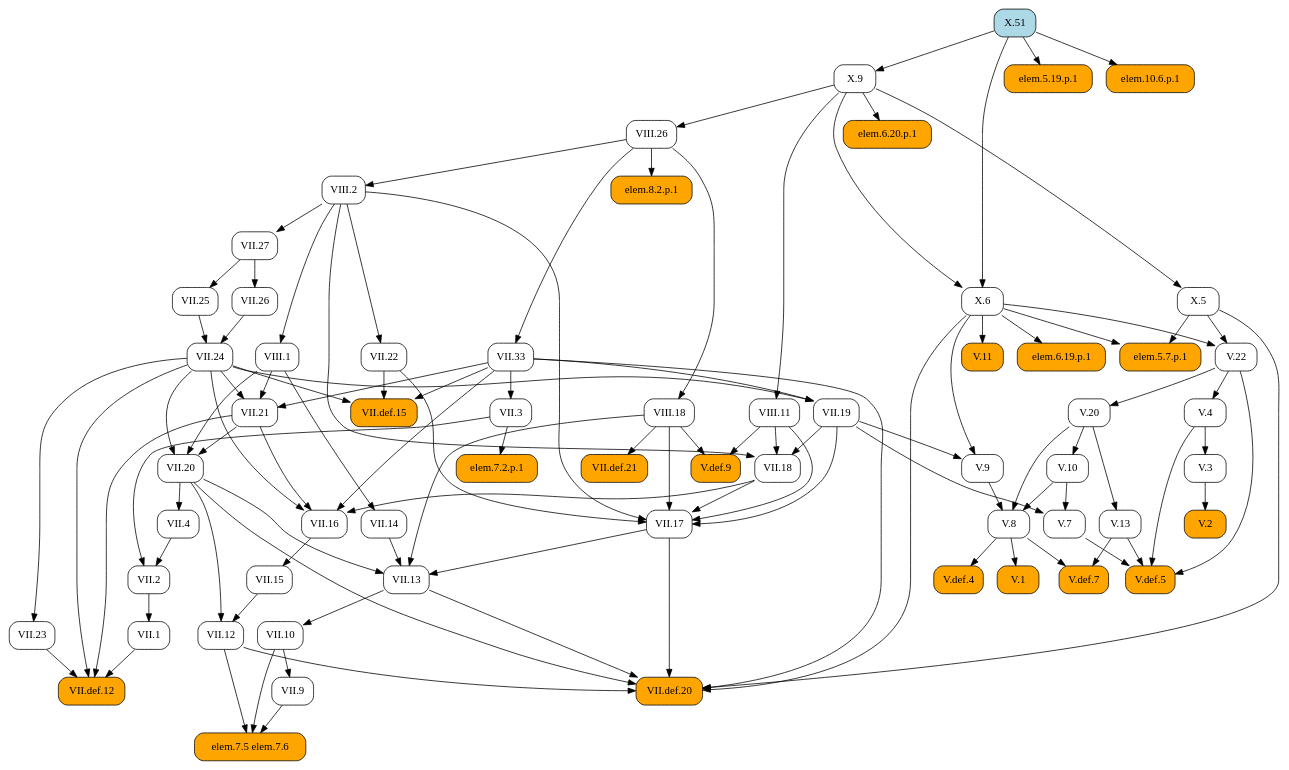
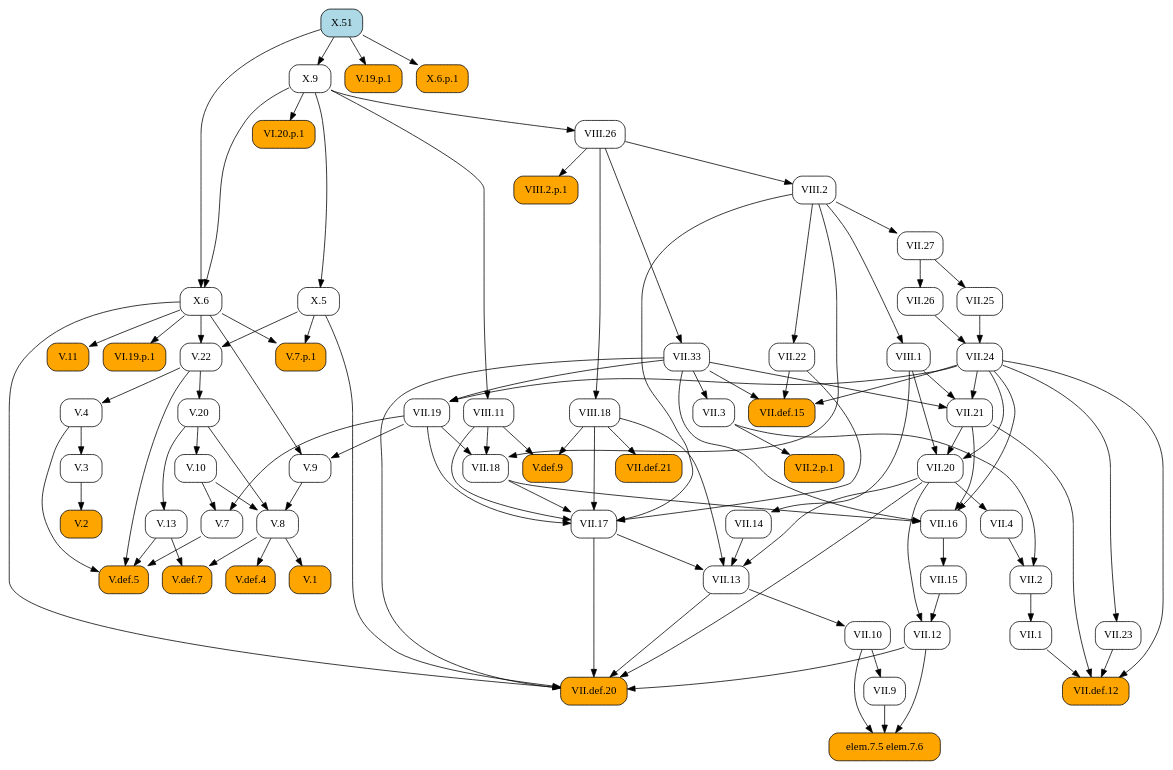
One commit to geometor/elements changed the diagram in docsrc/heath/X/51/index.rst. Above: the diagram before and after it, drawn with Graphviz. The commit also changed other lines of this file and 484 other files, not shown here.

```diff
--- a/docsrc/heath/X/51/index.rst
+++ b/docsrc/heath/X/51/index.rst
@@ -49,81 +49,109 @@
    digraph {
      rankdir="TB";
      node [shape=box, style=rounded];
-     "elem.6.20.p.1" [style="rounded,filled", fillcolor=orange];
-     "VII.1" [URL="/heath/VII/1/", target="_top"];
+     "VII.33" [URL="/heath/VII/33/", target="_top"];
+     "VII.12" [URL="/heath/VII/12/", target="_top"];
+     "elem.7.5 elem.7.6" [style="rounded,filled", fillcolor=orange];
      "X.9" [URL="/heath/X/9/", target="_top"];
-     "VIII.26" [URL="/heath/VIII/26/", target="_top"];
      "VII.9" [URL="/heath/VII/9/", target="_top"];
+     "V.13" [URL="/heath/V/13/", target="_top"];
+     "VIII.2" [URL="/heath/VIII/2/", target="_top"];
+     "VII.18" [URL="/heath/VII/18/", target="_top"];
+     "VII.16" [URL="/heath/VII/16/", target="_top"];
+     "V.7" [URL="/heath/V/7/", target="_top"];
+     "V.7.p.1" [style="rounded,filled", fillcolor=orange];
+     "VII.26" [URL="/heath/VII/26/", target="_top"];
      "V.def.5" [style="rounded,filled", fillcolor=orange, URL="/heath/V/def.5/", target="_top"];
-     "V.22" [URL="/heath/V/22/", target="_top"];
      "X.6" [URL="/heath/X/6/", target="_top"];
+     "V.9" [URL="/heath/V/9/", target="_top"];
+     "VII.10" [URL="/heath/VII/10/", target="_top"];
+     "VII.13" [URL="/heath/VII/13/", target="_top"];
+     "VIII.18" [URL="/heath/VIII/18/", target="_top"];
+     "V.10" [URL="/heath/V/10/", target="_top"];
+     "V.4" [URL="/heath/V/4/", target="_top"];
      "V.20" [URL="/heath/V/20/", target="_top"];
-     "V.10" [URL="/heath/V/10/", target="_top"];
+     "VII.def.15" [style="rounded,filled", fillcolor=orange, URL="/heath/VII/def.15/", target="_top"];
+     "VI.20.p.1" [style="rounded,filled", fillcolor=orange];
      "V.11" [style="rounded,filled", fillcolor=orange, URL="/heath/V/11/", target="_top"];
      "VII.17" [URL="/heath/VII/17/", target="_top"];
-     "V.13" [URL="/heath/V/13/", target="_top"];
+     "VIII.2.p.1" [style="rounded,filled", fillcolor=orange];
+     "VIII.11" [URL="/heath/VIII/11/", target="_top"];
+     "VII.19" [URL="/heath/VII/19/", target="_top"];
+     "VII.def.20" [style="rounded,filled", fillcolor=orange, URL="/heath/VII/def.20/", target="_top"];
+     "VII.2" [URL="/heath/VII/2/", target="_top"];
+     "V.def.4" [style="rounded,filled", fillcolor=orange, URL="/heath/V/def.4/", target="_top"];
+     "VII.15" [URL="/heath/VII/15/", target="_top"];
+     "VII.2.p.1" [style="rounded,filled", fillcolor=orange];
+     "V.2" [style="rounded,filled", fillcolor=orange, URL="/heath/V/2/", target="_top"];
+     "X.51" [style="rounded,filled", fillcolor=lightblue, URL="/heath/X/51/", target="_top"];
+     "V.def.7" [style="rounded,filled", fillcolor=orange, URL="/heath/V/def.7/", target="_top"];
+     "VII.14" [URL="/heath/VII/14/", target="_top"];
+     "V.3" [URL="/heath/V/3/", target="_top"];
+     "VII.27" [URL="/heath/VII/27/", target="_top"];
+     "X.5" [URL="/heath/X/5/", target="_top"];
+     "VII.21" [URL="/heath/VII/21/", target="_top"];
+     "VI.19.p.1" [style="rounded,filled", fillcolor=orange];
+     "VII.22" [URL="/heath/VII/22/", target="_top"];
+     "VII.25" [URL="/heath/VII/25/", target="_top"];
+     "VIII.1" [URL="/heath/VIII/1/", target="_top"];
+     "VII.1" [URL="/heath/VII/1/", target="_top"];
+     "V.8" [URL="/heath/V/8/", target="_top"];
+     "VII.23" [URL="/heath/VII/23/", target="_top"];
+     "VII.4" [URL="/heath/VII/4/", target="_top"];
+     "VII.20" [URL="/heath/VII/20/", target="_top"];
+     "VII.def.12" [style="rounded,filled", fillcolor=orange, URL="/heath/VII/def.12/", target="_top"];
+     "V.22" [URL="/heath/V/22/", target="_top"];
+     "V.1" [style="rounded,filled", fillcolor=orange, URL="/heath/V/1/", target="_top"];
+     "V.def.9" [style="rounded,filled", fillcolor=orange, URL="/heath/V/def.9/", target="_top"];
+     "V.19.p.1" [style="rounded,filled", fillcolor=orange];
      "VII.3" [URL="/heath/VII/3/", target="_top"];
-     "elem.7.5 elem.7.6" [style="rounded,filled", fillcolor=orange];
+     "VII.24" [URL="/heath/VII/24/", target="_top"];
+     "VIII.26" [URL="/heath/VIII/26/", target="_top"];
+     "X.6.p.1" [style="rounded,filled", fillcolor=orange];
      "VII.def.21" [style="rounded,filled", fillcolor=orange, URL="/heath/VII/def.21/", target="_top"];
-     "V.7" [URL="/heath/V/7/", target="_top"];
-     "V.9" [URL="/heath/V/9/", target="_top"];
-     "VII.13" [URL="/heath/VII/13/", target="_top"];
-     "VII.2" [URL="/heath/VII/2/", target="_top"];
-     "VIII.1" [URL="/heath/VIII/1/", target="_top"];
-     "VIII.2" [URL="/heath/VIII/2/", target="_top"];
-     "V.3" [URL="/heath/V/3/", target="_top"];
-     "VII.12" [URL="/heath/VII/12/", target="_top"];
-     "X.51" [style="rounded,filled", fillcolor=lightblue, URL="/heath/X/51/", target="_top"];
-     "VII.24" [URL="/heath/VII/24/", target="_top"];
-     "elem.6.19.p.1" [style="rounded,filled", fillcolor=orange];
-     "V.8" [URL="/heath/V/8/", target="_top"];
-     "VII.def.12" [style="rounded,filled", fillcolor=orange, URL="/heath/VII/def.12/", target="_top"];
-     "VII.33" [URL="/heath/VII/33/", target="_top"];
-     "V.def.9" [style="rounded,filled", fillcolor=orange, URL="/heath/V/def.9/", target="_top"];
-     "elem.7.2.p.1" [style="rounded,filled", fillcolor=orange];
-     "VIII.18" [URL="/heath/VIII/18/", target="_top"];
-     "VII.10" [URL="/heath/VII/10/", target="_top"];
-     "VII.def.15" [style="rounded,filled", fillcolor=orange, URL="/heath/VII/def.15/", target="_top"];
-     "VII.18" [URL="/heath/VII/18/", target="_top"];
-     "VII.19" [URL="/heath/VII/19/", target="_top"];
-     "elem.5.19.p.1" [style="rounded,filled", fillcolor=orange];
-     "VIII.11" [URL="/heath/VIII/11/", target="_top"];
-     "VII.16" [URL="/heath/VII/16/", target="_top"];
-     "V.4" [URL="/heath/V/4/", target="_top"];
-     "elem.5.7.p.1" [style="rounded,filled", fillcolor=orange];
-     "VII.26" [URL="/heath/VII/26/", target="_top"];
-     "VII.4" [URL="/heath/VII/4/", target="_top"];
-     "VII.25" [URL="/heath/VII/25/", target="_top"];
-     "VII.21" [URL="/heath/VII/21/", target="_top"];
-     "V.1" [style="rounded,filled", fillcolor=orange, URL="/heath/V/1/", target="_top"];
-     "elem.10.6.p.1" [style="rounded,filled", fillcolor=orange];
-     "VII.20" [URL="/heath/VII/20/", target="_top"];
-     "X.5" [URL="/heath/X/5/", target="_top"];
-     "VII.27" [URL="/heath/VII/27/", target="_top"];
-     "VII.14" [URL="/heath/VII/14/", target="_top"];
-     "V.def.4" [style="rounded,filled", fillcolor=orange, URL="/heath/V/def.4/", target="_top"];
-     "V.2" [style="rounded,filled", fillcolor=orange, URL="/heath/V/2/", target="_top"];
-     "VII.22" [URL="/heath/VII/22/", target="_top"];
-     "V.def.7" [style="rounded,filled", fillcolor=orange, URL="/heath/V/def.7/", target="_top"];
-     "VII.23" [URL="/heath/VII/23/", target="_top"];
-     "VII.15" [URL="/heath/VII/15/", target="_top"];
-     "VII.def.20" [style="rounded,filled", fillcolor=orange, URL="/heath/VII/def.20/", target="_top"];
-     "elem.8.2.p.1" [style="rounded,filled", fillcolor=orange];
-     "X.9" -> "elem.6.20.p.1";
-     "VII.2" -> "VII.1";
+     "VIII.26" -> "VII.33";
+     "VII.15" -> "VII.12";
+     "VII.20" -> "VII.12";
+     "VII.9" -> "elem.7.5 elem.7.6";
+     "VII.10" -> "elem.7.5 elem.7.6";
+     "VII.12" -> "elem.7.5 elem.7.6";
      "X.51" -> "X.9";
-     "X.9" -> "VIII.26";
      "VII.10" -> "VII.9";
+     "V.20" -> "V.13";
+     "VIII.26" -> "VIII.2";
+     "VII.19" -> "VII.18";
+     "VIII.2" -> "VII.18";
+     "VIII.11" -> "VII.18";
+     "VII.18" -> "VII.16";
+     "VII.21" -> "VII.16";
+     "VII.24" -> "VII.16";
+     "VII.33" -> "VII.16";
+     "V.10" -> "V.7";
+     "VII.19" -> "V.7";
+     "X.5" -> "V.7.p.1";
+     "X.6" -> "V.7.p.1";
+     "VII.27" -> "VII.26";
      "V.4" -> "V.def.5";
      "V.7" -> "V.def.5";
      "V.13" -> "V.def.5";
      "V.22" -> "V.def.5";
-     "X.5" -> "V.22";
-     "X.6" -> "V.22";
      "X.9" -> "X.6";
      "X.51" -> "X.6";
+     "VII.19" -> "V.9";
+     "X.6" -> "V.9";
+     "VII.13" -> "VII.10";
+     "VII.14" -> "VII.13";
+     "VII.17" -> "VII.13";
+     "VII.20" -> "VII.13";
+     "VIII.18" -> "VII.13";
+     "VIII.26" -> "VIII.18";
+     "V.20" -> "V.10";
+     "V.22" -> "V.4";
      "V.22" -> "V.20";
-     "V.20" -> "V.10";
+     "VII.22" -> "VII.def.15";
+     "VII.24" -> "VII.def.15";
+     "VII.33" -> "VII.def.15";
+     "X.9" -> "VI.20.p.1";
      "X.6" -> "V.11";
      "VII.18" -> "VII.17";
      "VII.19" -> "VII.17";
@@ -131,81 +159,10 @@
      "VIII.2" -> "VII.17";
      "VIII.11" -> "VII.17";
      "VIII.18" -> "VII.17";
-     "V.20" -> "V.13";
-     "VII.33" -> "VII.3";
-     "VII.9" -> "elem.7.5 elem.7.6";
-     "VII.10" -> "elem.7.5 elem.7.6";
-     "VII.12" -> "elem.7.5 elem.7.6";
-     "VIII.18" -> "VII.def.21";
-     "V.10" -> "V.7";
-     "VII.19" -> "V.7";
-     "VII.19" -> "V.9";
-     "X.6" -> "V.9";
-     "VII.14" -> "VII.13";
-     "VII.17" -> "VII.13";
-     "VII.20" -> "VII.13";
-     "VIII.18" -> "VII.13";
-     "VII.3" -> "VII.2";
-     "VII.4" -> "VII.2";
-     "VIII.2" -> "VIII.1";
-     "VIII.26" -> "VIII.2";
-     "V.4" -> "V.3";
-     "VII.15" -> "VII.12";
-     "VII.20" -> "VII.12";
-     "VII.25" -> "VII.24";
-     "VII.26" -> "VII.24";
-     "X.6" -> "elem.6.19.p.1";
-     "V.9" -> "V.8";
-     "V.10" -> "V.8";
-     "V.20" -> "V.8";
-     "VII.1" -> "VII.def.12";
-     "VII.21" -> "VII.def.12";
-     "VII.23" -> "VII.def.12";
-     "VII.24" -> "VII.def.12";
-     "VIII.26" -> "VII.33";
-     "VIII.11" -> "V.def.9";
-     "VIII.18" -> "V.def.9";
-     "VII.3" -> "elem.7.2.p.1";
-     "VIII.26" -> "VIII.18";
-     "VII.13" -> "VII.10";
-     "VII.22" -> "VII.def.15";
-     "VII.24" -> "VII.def.15";
-     "VII.33" -> "VII.def.15";
-     "VII.19" -> "VII.18";
-     "VIII.2" -> "VII.18";
-     "VIII.11" -> "VII.18";
+     "VIII.26" -> "VIII.2.p.1";
+     "X.9" -> "VIII.11";
      "VII.24" -> "VII.19";
      "VII.33" -> "VII.19";
-     "X.51" -> "elem.5.19.p.1";
-     "X.9" -> "VIII.11";
-     "VII.18" -> "VII.16";
-     "VII.21" -> "VII.16";
-     "VII.24" -> "VII.16";
-     "VII.33" -> "VII.16";
-     "V.22" -> "V.4";
-     "X.5" -> "elem.5.7.p.1";
-     "X.6" -> "elem.5.7.p.1";
-     "VII.27" -> "VII.26";
-     "VII.20" -> "VII.4";
-     "VII.27" -> "VII.25";
-     "VII.24" -> "VII.21";
-     "VII.33" -> "VII.21";
-     "VIII.1" -> "VII.21";
-     "V.8" -> "V.1";
-     "X.51" -> "elem.10.6.p.1";
-     "VII.21" -> "VII.20";
-     "VII.24" -> "VII.20";
-     "VIII.1" -> "VII.20";
-     "X.9" -> "X.5";
-     "VIII.2" -> "VII.27";
-     "VIII.1" -> "VII.14";
-     "V.8" -> "V.def.4";
-     "V.3" -> "V.2";
-     "VIII.2" -> "VII.22";
-     "V.8" -> "V.def.7";
-     "V.13" -> "V.def.7";
-     "VII.24" -> "VII.23";
-     "VII.16" -> "VII.15";
      "VII.12" -> "VII.def.20";
      "VII.13" -> "VII.def.20";
      "VII.17" -> "VII.def.20";
@@ -213,5 +170,48 @@
      "VII.33" -> "VII.def.20";
      "X.5" -> "VII.def.20";
      "X.6" -> "VII.def.20";
-     "VIII.26" -> "elem.8.2.p.1";
+     "VII.3" -> "VII.2";
+     "VII.4" -> "VII.2";
+     "V.8" -> "V.def.4";
+     "VII.16" -> "VII.15";
+     "VII.3" -> "VII.2.p.1";
+     "V.3" -> "V.2";
+     "V.8" -> "V.def.7";
+     "V.13" -> "V.def.7";
+     "VIII.1" -> "VII.14";
+     "V.4" -> "V.3";
+     "VIII.2" -> "VII.27";
+     "X.9" -> "X.5";
+     "VII.24" -> "VII.21";
+     "VII.33" -> "VII.21";
+     "VIII.1" -> "VII.21";
+     "X.6" -> "VI.19.p.1";
+     "VIII.2" -> "VII.22";
+     "VII.27" -> "VII.25";
+     "VIII.2" -> "VIII.1";
+     "VII.2" -> "VII.1";
+     "V.9" -> "V.8";
+     "V.10" -> "V.8";
+     "V.20" -> "V.8";
+     "VII.24" -> "VII.23";
+     "VII.20" -> "VII.4";
+     "VII.21" -> "VII.20";
+     "VII.24" -> "VII.20";
+     "VIII.1" -> "VII.20";
+     "VII.1" -> "VII.def.12";
+     "VII.21" -> "VII.def.12";
+     "VII.23" -> "VII.def.12";
+     "VII.24" -> "VII.def.12";
+     "X.5" -> "V.22";
+     "X.6" -> "V.22";
+     "V.8" -> "V.1";
+     "VIII.11" -> "V.def.9";
+     "VIII.18" -> "V.def.9";
+     "X.51" -> "V.19.p.1";
+     "VII.33" -> "VII.3";
+     "VII.25" -> "VII.24";
+     "VII.26" -> "VII.24";
+     "X.9" -> "VIII.26";
+     "X.51" -> "X.6.p.1";
+     "VIII.18" -> "VII.def.21";
    }
```
